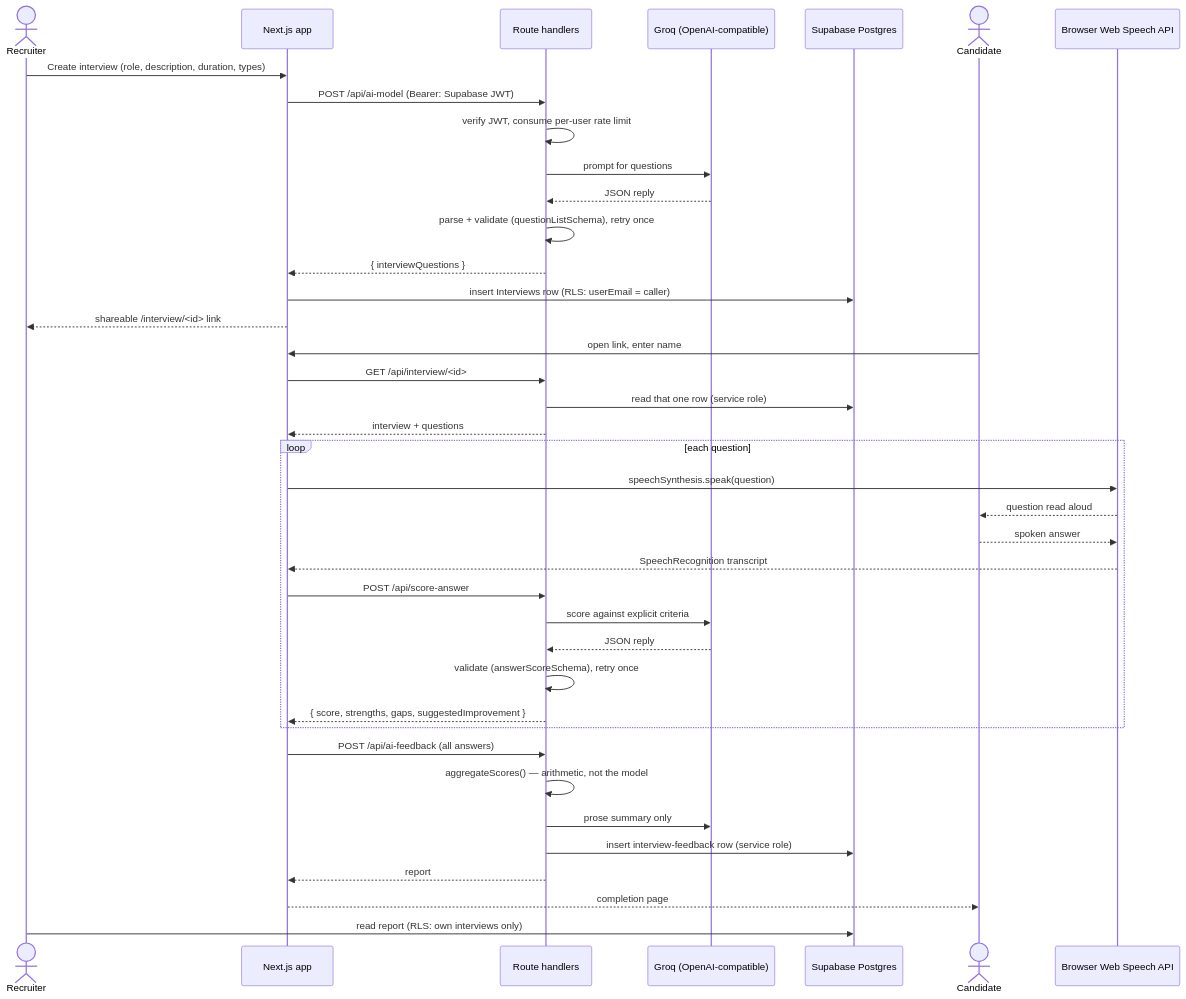
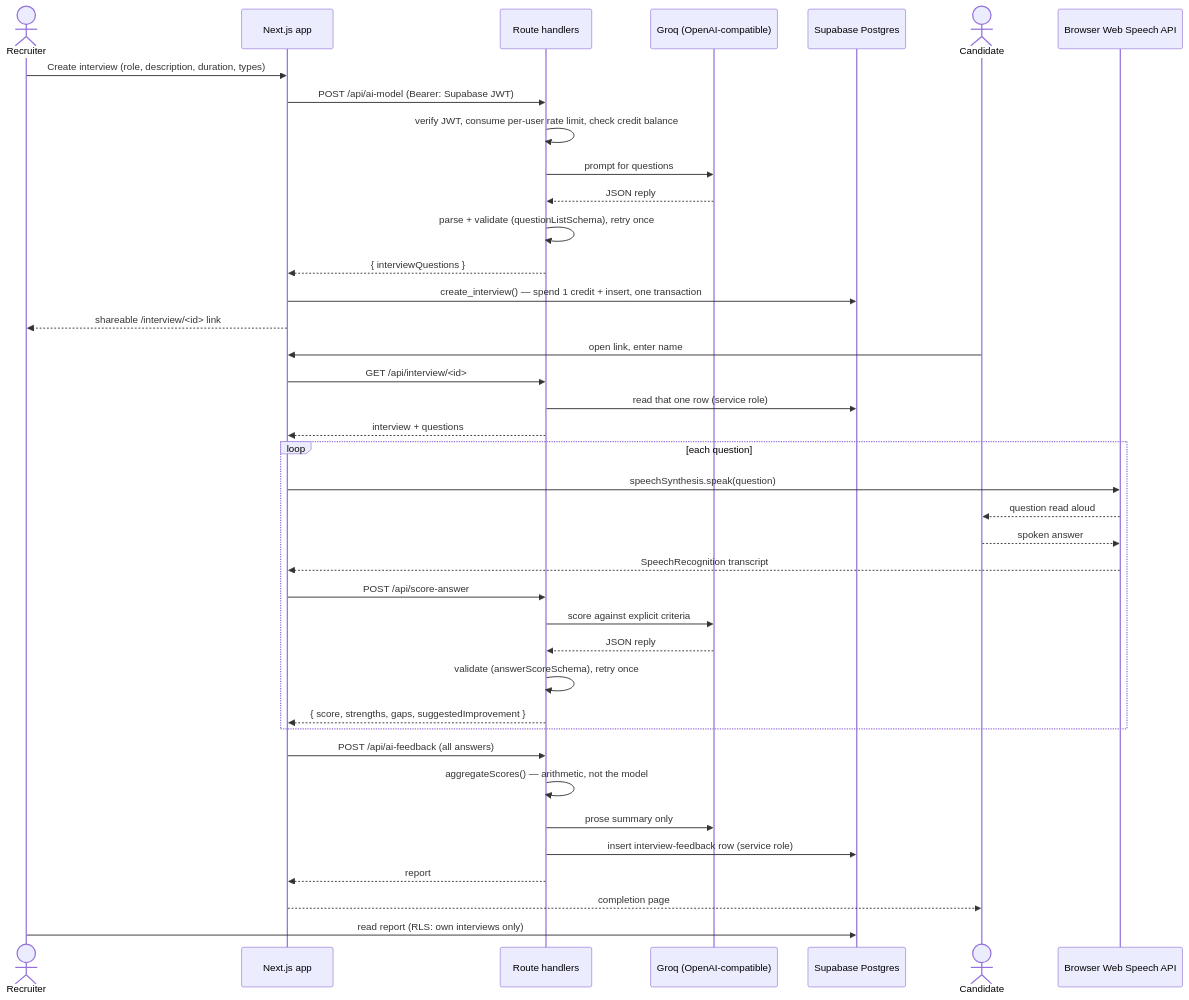
One commit to vipinsao/ai-interview-platform changed the diagram in README.md. Above: the diagram before and after it, drawn with Mermaid. The commit also changed other lines of this file and 3 other files, not shown here.

````diff
--- a/README.md
+++ b/README.md
@@ -24,45 +55,45 @@
 ```mermaid
 sequenceDiagram
     actor R as Recruiter
     participant UI as Next.js app
     participant API as Route handlers
     participant LLM as Groq (OpenAI-compatible)
     participant DB as Supabase Postgres
     actor C as Candidate
     participant WS as Browser Web Speech API
 
     R->>UI: Create interview (role, description, duration, types)
     UI->>API: POST /api/ai-model (Bearer: Supabase JWT)
-    API->>API: verify JWT, consume per-user rate limit
+    API->>API: verify JWT, consume per-user rate limit, check credit balance
     API->>LLM: prompt for questions
     LLM-->>API: JSON reply
     API->>API: parse + validate (questionListSchema), retry once
     API-->>UI: { interviewQuestions }
-    UI->>DB: insert Interviews row (RLS: userEmail = caller)
+    UI->>DB: create_interview() — spend 1 credit + insert, one transaction
     UI-->>R: shareable /interview/<id> link
 
     C->>UI: open link, enter name
     UI->>API: GET /api/interview/<id>
     API->>DB: read that one row (service role)
     API-->>UI: interview + questions
 
     loop each question
         UI->>WS: speechSynthesis.speak(question)
         WS-->>C: question read aloud
         C-->>WS: spoken answer
         WS-->>UI: SpeechRecognition transcript
         UI->>API: POST /api/score-answer
         API->>LLM: score against explicit criteria
         LLM-->>API: JSON reply
         API->>API: validate (answerScoreSchema), retry once
         API-->>UI: { score, strengths, gaps, suggestedImprovement }
     end
 
     UI->>API: POST /api/ai-feedback (all answers)
     API->>API: aggregateScores() — arithmetic, not the model
     API->>LLM: prose summary only
     API->>DB: insert interview-feedback row (service role)
     API-->>UI: report
     UI-->>C: completion page
     R->>DB: read report (RLS: own interviews only)
 ```
````
